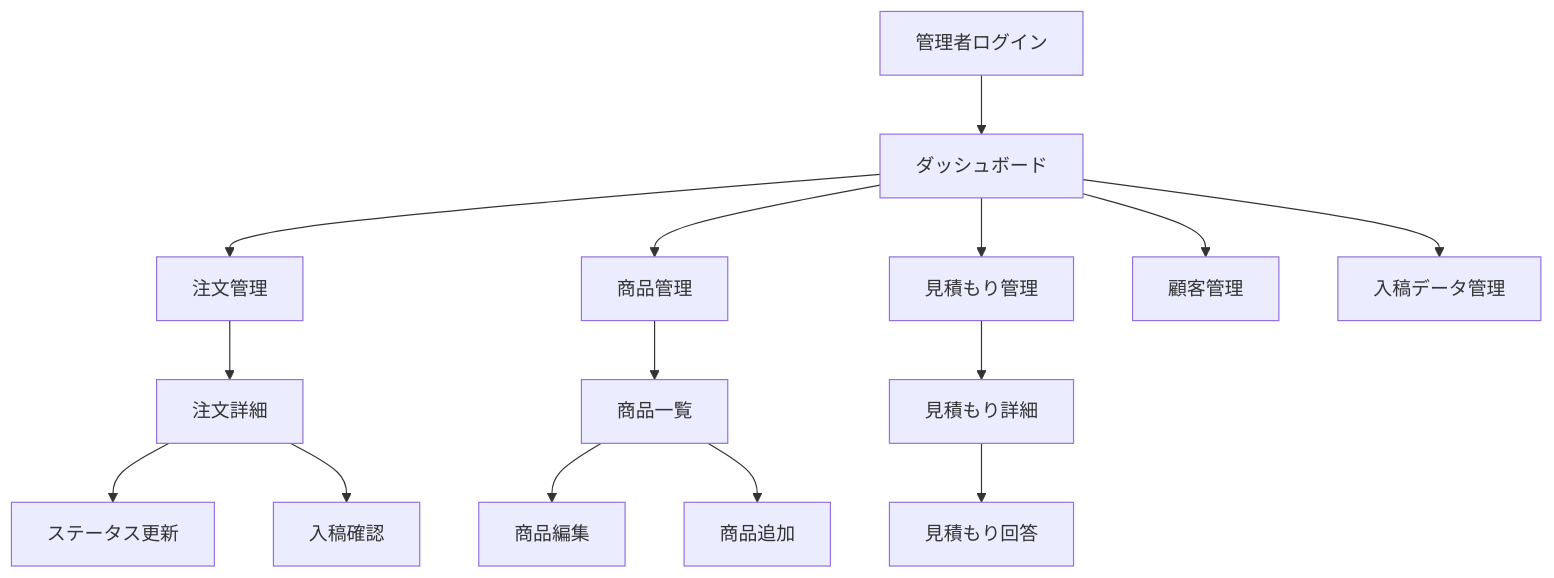
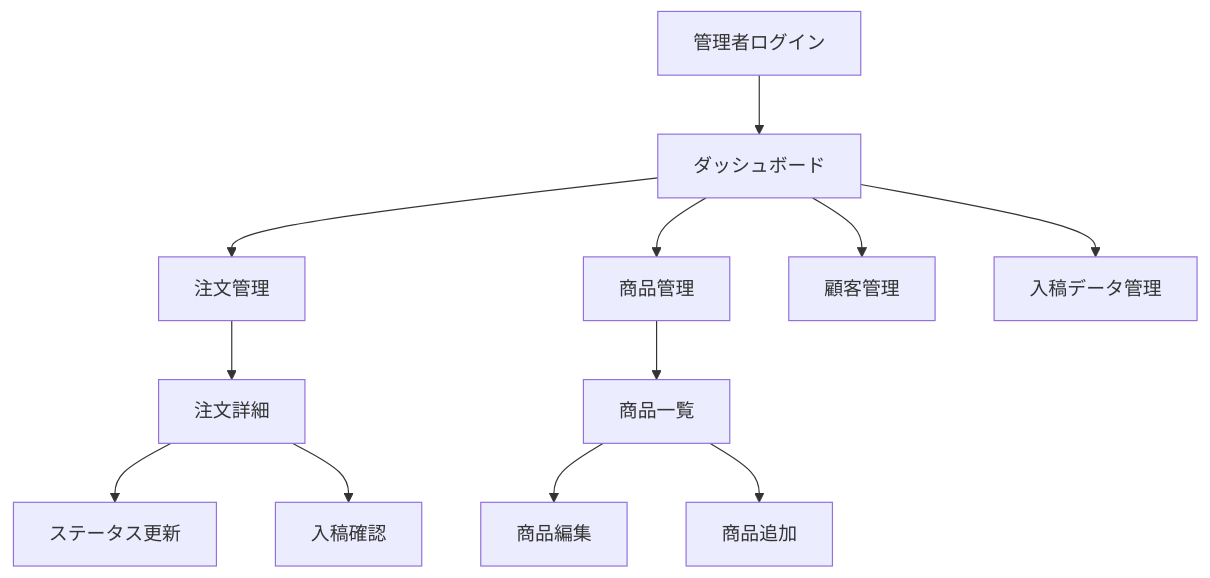
One commit to ShotaGhoona/acrique-v1 changed the fourth of 4 diagrams in docs/requirements/11-画面遷移.md. Above: the diagram before and after it, drawn with Mermaid. The commit also changed other lines of this file and 28 other files, not shown here.

````diff
--- a/docs/requirements/11-画面遷移.md
+++ b/docs/requirements/11-画面遷移.md
@@ -112,20 +93,16 @@
 ```mermaid
 graph TD
     LOGIN[管理者ログイン] --> DASH[ダッシュボード]
     DASH --> ORDERS[注文管理]
     DASH --> PRODUCTS[商品管理]
-    DASH --> ESTIMATES[見積もり管理]
     DASH --> USERS[顧客管理]
     DASH --> UPLOADS[入稿データ管理]
 
     ORDERS --> ORDER_DETAIL[注文詳細]
     ORDER_DETAIL --> STATUS[ステータス更新]
     ORDER_DETAIL --> UPLOAD_REVIEW[入稿確認]
 
     PRODUCTS --> PROD_LIST[商品一覧]
     PROD_LIST --> PROD_EDIT[商品編集]
     PROD_LIST --> PROD_NEW[商品追加]
-
-    ESTIMATES --> EST_DETAIL[見積もり詳細]
-    EST_DETAIL --> QUOTE[見積もり回答]
 ```
````
